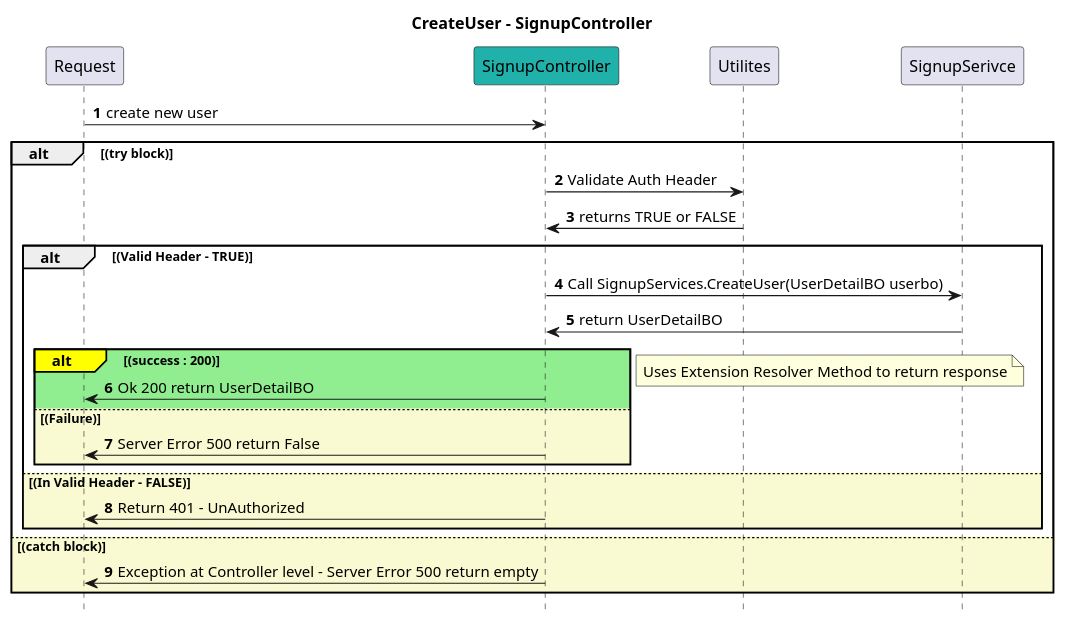
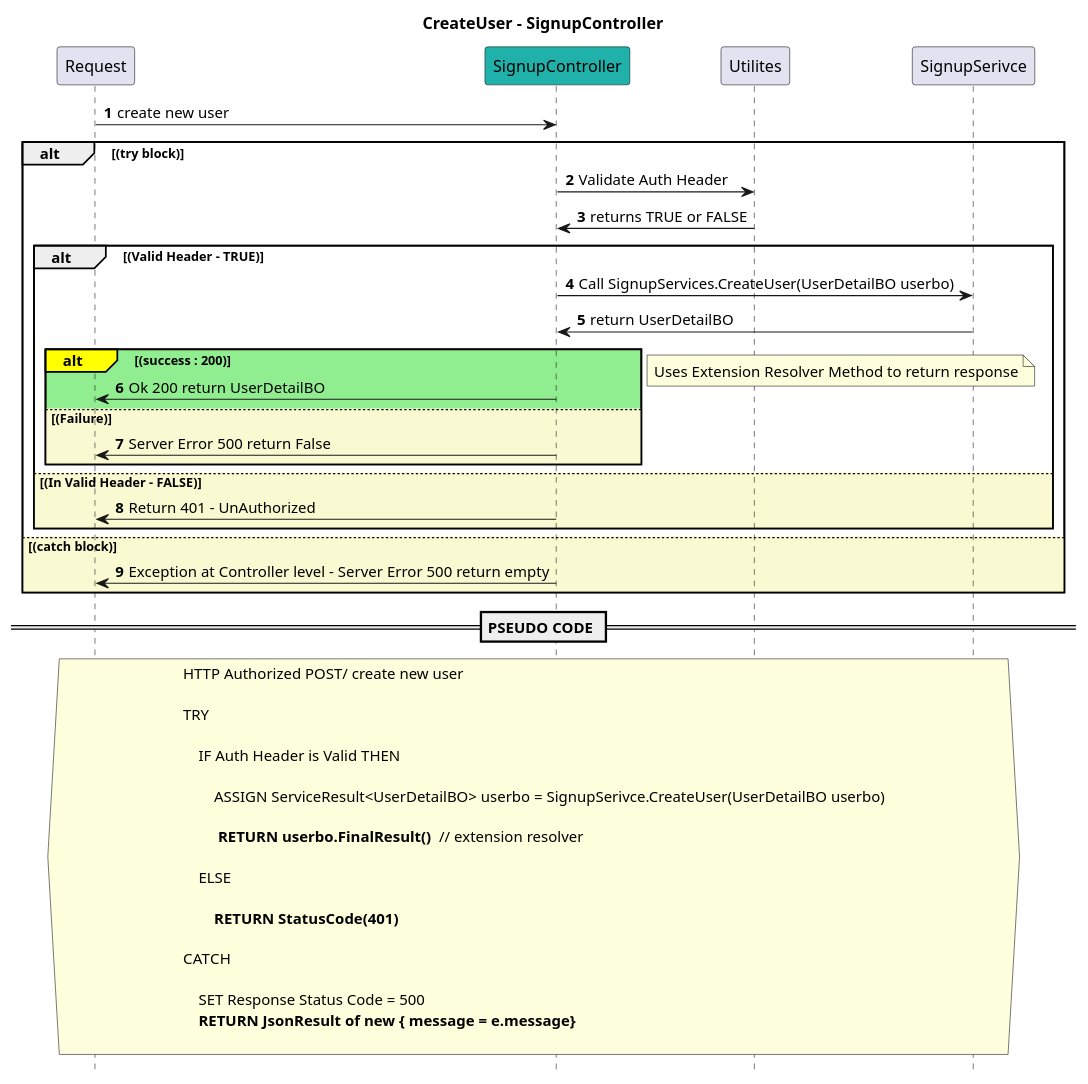
The diagram in RestaurantAPI/Controllers/Design/SignupController/CreateUser.puml (Hemarithika-tech/foodie-backend), drawn with PlantUML before and after one commit. The commit also changed 12 other files, not shown here.

```diff
--- a/RestaurantAPI/Controllers/Design/SignupController/CreateUser.puml
+++ b/RestaurantAPI/Controllers/Design/SignupController/CreateUser.puml
@@ -1,37 +1,60 @@
 @startuml Controller
 
 title CreateUser - SignupController
 autonumber
 hide footbox
 
 participant Request
 participant SignupController #LightSeaGreen
 participant Utilites 
 participant SignupSerivce  
 
 Request -> SignupController : create new user
 
 alt (try block)
     SignupController -> Utilites : Validate Auth Header
     Utilites -> SignupController : returns TRUE or FALSE
 
     alt (Valid Header - TRUE)
        SignupController -> SignupSerivce : Call SignupServices.CreateUser(UserDetailBO userbo)
        SignupSerivce -> SignupController : return UserDetailBO
        
         alt#Yellow #LightGreen (success : 200) 
            SignupController -> Request : Ok 200 return UserDetailBO
         else #LightGoldenRodYellow (Failure)
             SignupController -> Request : Server Error 500 return False
         end
 
         note left: Uses Extension Resolver Method to return response
     else #LightGoldenRodYellow (In Valid Header - FALSE)
        SignupController -> Request : Return 401 - UnAuthorized 
     end
 
 else #LightGoldenRodYellow (catch block)
     SignupController -> Request : Exception at Controller level - Server Error 500 return empty
 end
 
+== PSEUDO CODE ==
+hnote across
+HTTP Authorized POST/ create new user
+
+TRY
+
+    IF Auth Header is Valid THEN
+
+        ASSIGN ServiceResult<UserDetailBO> userbo = SignupSerivce.CreateUser(UserDetailBO userbo)
+
+        ** RETURN userbo.FinalResult() ** // extension resolver
+    
+    ELSE
+
+        **RETURN StatusCode(401)**
+        
+CATCH
+
+    SET Response Status Code = 500
+    **RETURN JsonResult of new { message = e.message}**
+
+end note
+
 @enduml
```
